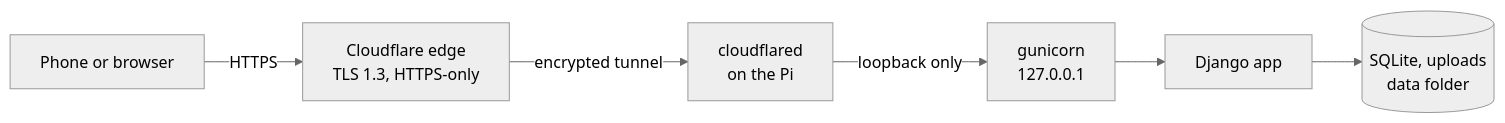
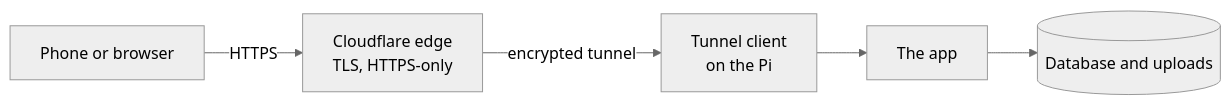
The second of 3 diagrams in README.md (acikabot/avifly-tracker), drawn with Mermaid (neutral theme) before and after one commit. The commit also changed other lines of this file, not shown here.

````diff
--- a/README.md
+++ b/README.md
@@ -158,8 +158,7 @@
 ```mermaid
 flowchart LR
-  V[Phone or browser] -- HTTPS --> E[Cloudflare edge<br/>TLS 1.3, HTTPS-only]
-  E -- encrypted tunnel --> T[cloudflared<br/>on the Pi]
-  T -- loopback only --> G[gunicorn<br/>127.0.0.1]
-  G --> A[Django app]
-  A --> S[(SQLite, uploads<br/>data folder)]
+  V[Phone or browser] -- HTTPS --> E[Cloudflare edge<br/>TLS, HTTPS-only]
+  E -- encrypted tunnel --> T[Tunnel client<br/>on the Pi]
+  T --> A[The app]
+  A --> S[(Database and uploads)]
 ```
````
